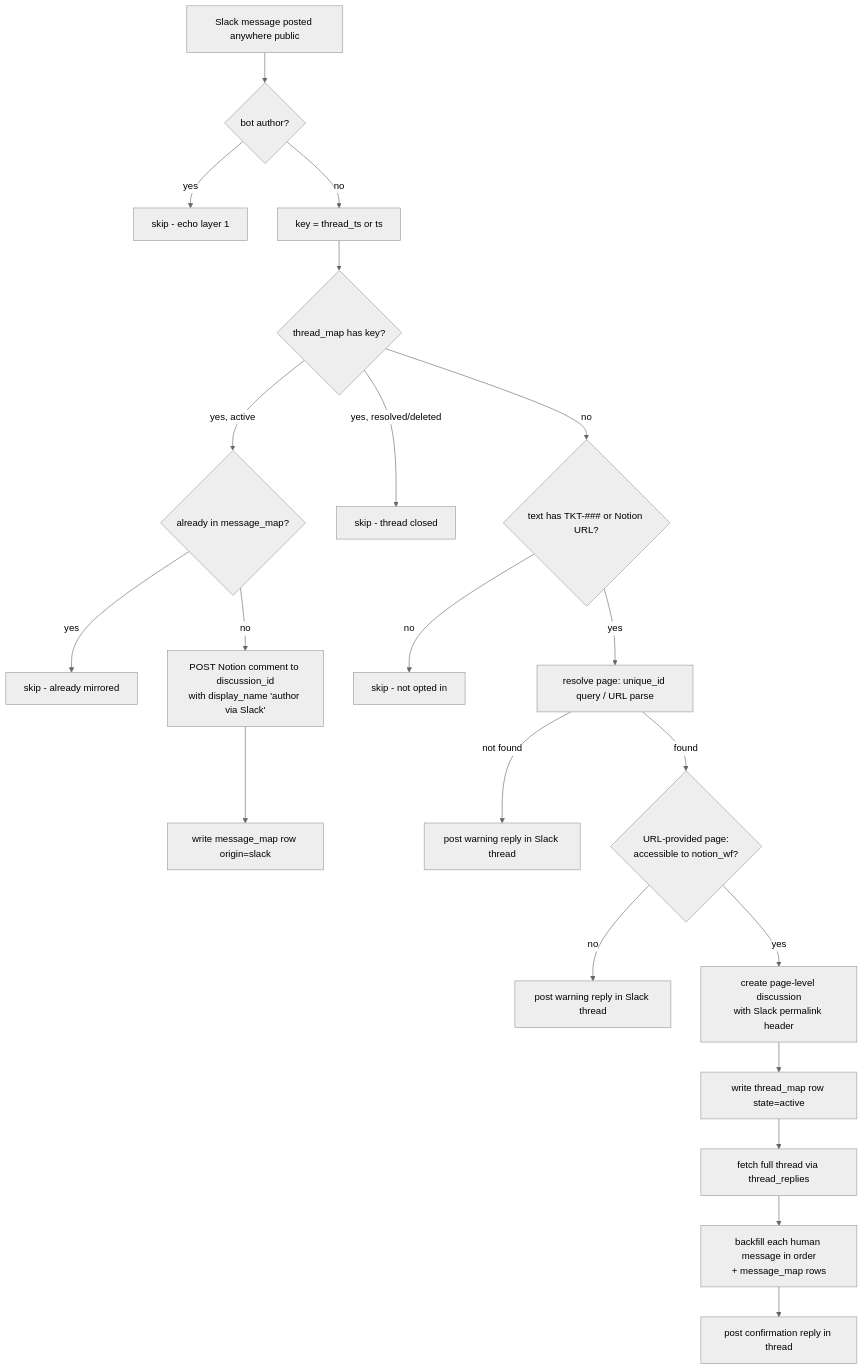
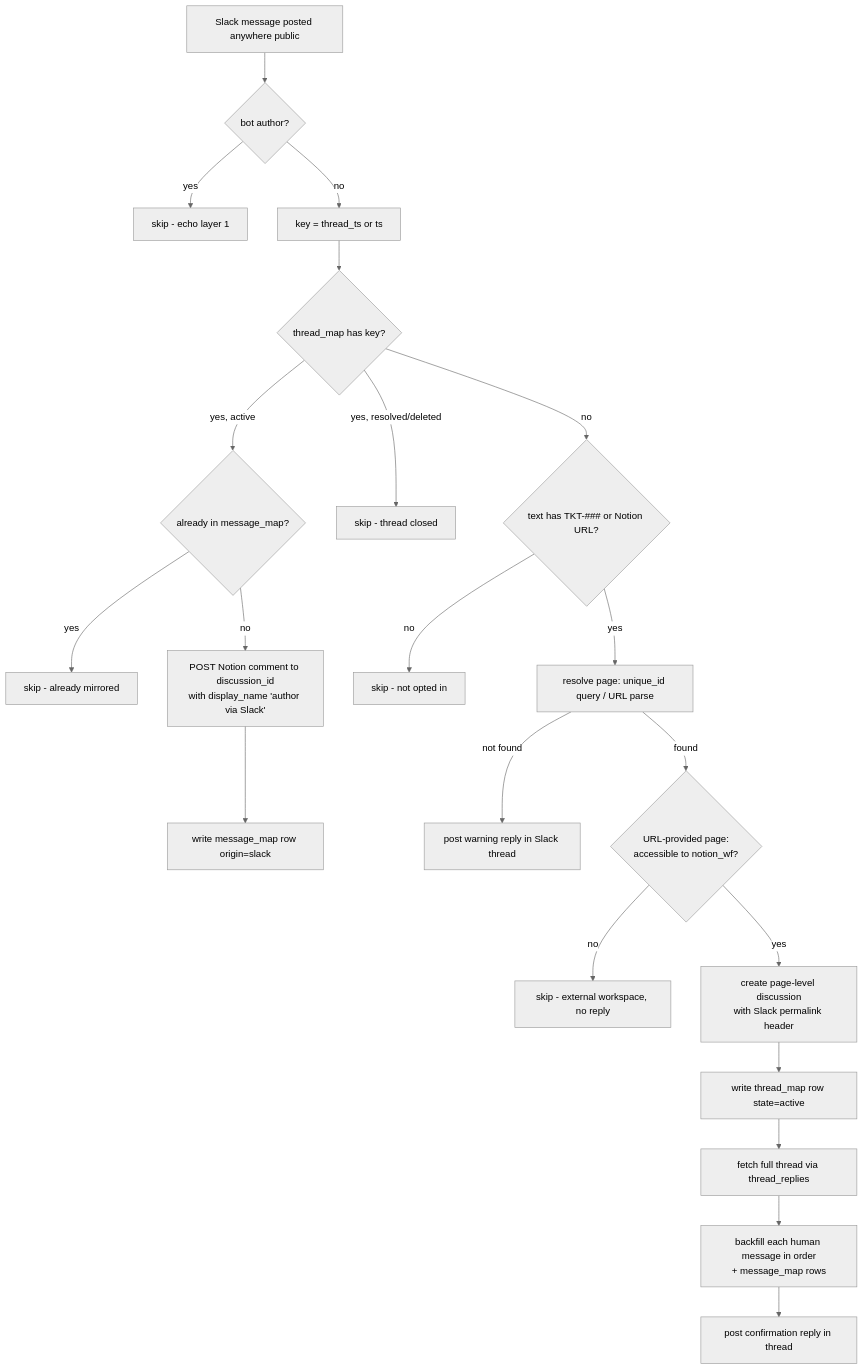
Before and after one commit to work-flowers/zapier-sdk: the diagram in slack-thread-to-notion-discussion/README.md, drawn with Mermaid (neutral theme). The commit also changed other lines of this file and 2 other files, not shown here.

Commit message:
Drop the Slack reply for external-workspace Notion links
The prior fix (PR #150) posted a :warning: reply when a pasted Notion URL
pointed outside work.flowers, mirroring the unresolvable-TKT-### case. But a
run in #proj-notion-setup-sessions-ops (01a0675d-0db3) showed that reply
itself failing with Slack's no_permission — the channel is a large,
externally-populated (likely Slack Connect) channel the sync bot isn't
permitted to post in, which turned a correctly-detected no-op into a red run.

Unlike a mistyped TKT-###, pasting a link to someone else's Notion workspace
isn't a mistake the poster needs to be told about, so there's nothing worth
alerting on: just leave the thread unlinked and log it for run-history
visibility, with no Slack post at all.

````diff
--- a/slack-thread-to-notion-discussion/README.md
+++ b/slack-thread-to-notion-discussion/README.md
@@ -13,23 +13,23 @@
 ```mermaid
 flowchart TD
     T[Slack message posted anywhere public] --> B{bot author?}
     B -- yes --> S1[skip - echo layer 1]
     B -- no --> K[key = thread_ts or ts]
     K --> L{thread_map has key?}
     L -- "yes, active" --> D{already in message_map?}
     D -- yes --> S2[skip - already mirrored]
     D -- no --> C[POST Notion comment to discussion_id\nwith display_name 'author via Slack']
     C --> W[write message_map row origin=slack]
     L -- "yes, resolved/deleted" --> S3[skip - thread closed]
     L -- no --> R{text has TKT-### or Notion URL?}
     R -- no --> S4[skip - not opted in]
     R -- yes --> Q[resolve page: unique_id query / URL parse]
     Q -- not found --> N[post warning reply in Slack thread]
     Q -- found --> X{URL-provided page:\naccessible to notion_wf?}
-    X -- no --> N2[post warning reply in Slack thread]
+    X -- no --> S5[skip - external workspace, no reply]
     X -- yes --> P[create page-level discussion\nwith Slack permalink header]
     P --> M[write thread_map row state=active]
     M --> F[fetch full thread via thread_replies]
     F --> BF[backfill each human message in order\n+ message_map rows]
     BF --> OK[post confirmation reply in thread]
 ```
````
